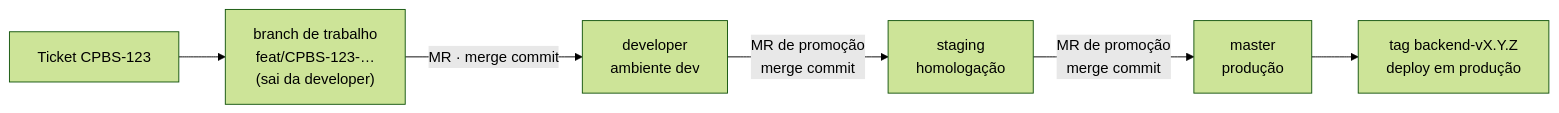
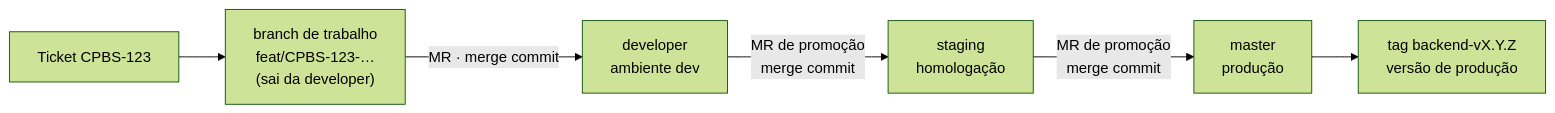
One commit to oseasmoreto/bot-chat changed the first of 5 diagrams in backend/CONTRIBUTING.md. Above: the diagram before and after it, drawn with Mermaid (forest theme). The commit also changed other lines of this file and 48 other files, not shown here.

````diff
--- a/backend/CONTRIBUTING.md
+++ b/backend/CONTRIBUTING.md
@@ -9,8 +9,8 @@
 ```mermaid
 flowchart LR
     t["Ticket CPBS-123"] --> b["branch de trabalho<br/>feat/CPBS-123-…<br/>(sai da developer)"]
     b -->|"MR · merge commit"| dev["developer<br/>ambiente dev"]
     dev -->|"MR de promoção<br/>merge commit"| stg["staging<br/>homologação"]
     stg -->|"MR de promoção<br/>merge commit"| mst["master<br/>produção"]
-    mst --> tag["tag backend-vX.Y.Z<br/>deploy em produção"]
+    mst --> tag["tag backend-vX.Y.Z<br/>versão de produção"]
 ```
````
